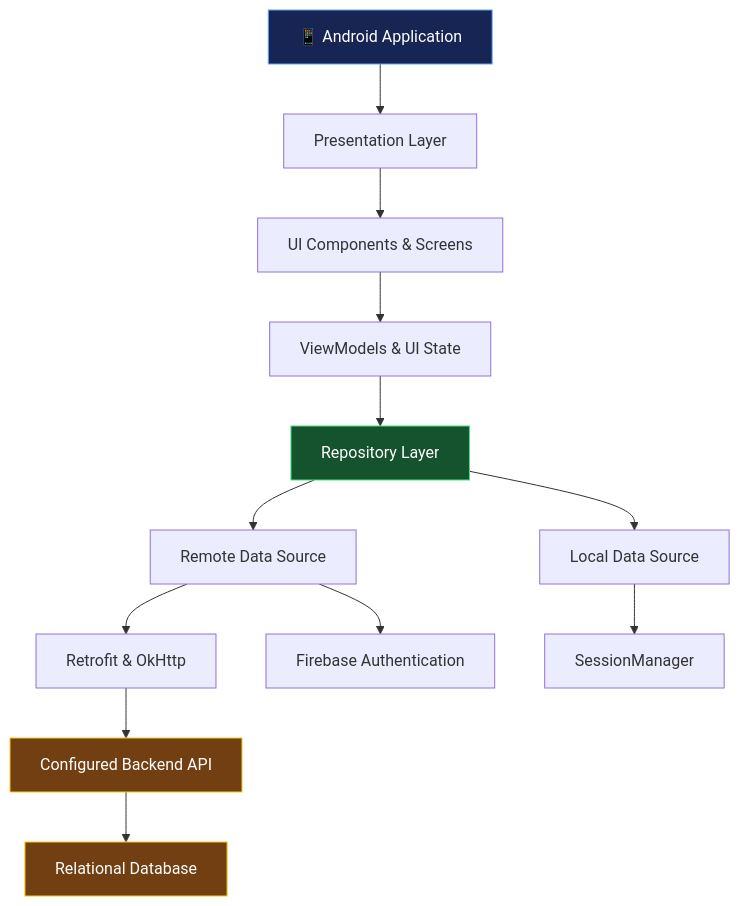
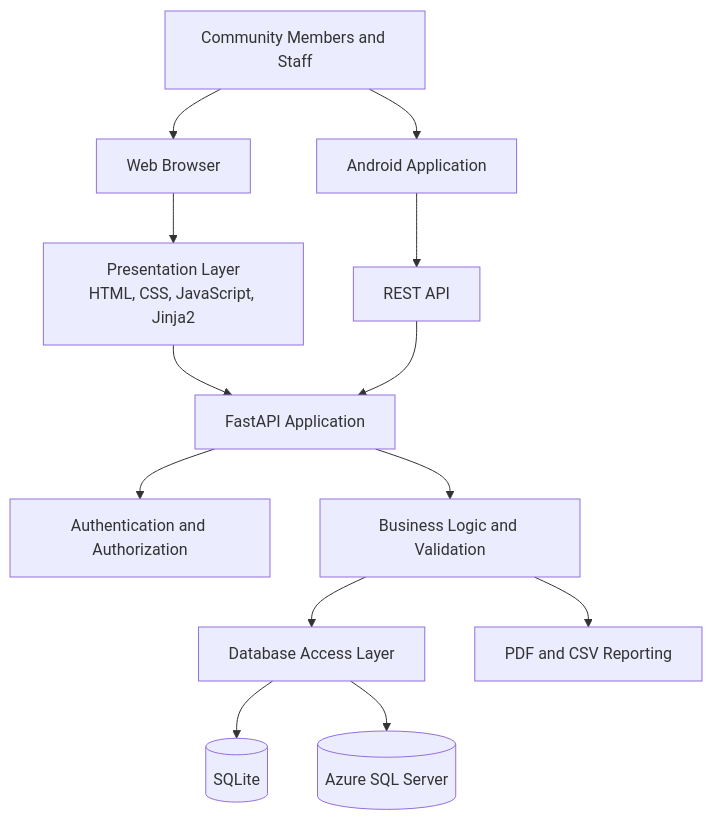
The diagram in README.md (GarrenTopG/AurorahCANDigitalHub), drawn with Mermaid before and after one commit. The commit also changed other lines of this file, not shown here.

````diff
--- a/README.md
+++ b/README.md
@@ -124,19 +224,28 @@
 ```mermaid
 flowchart TD
-    A["📱 Android Application"] --> B["Presentation Layer"]
-    B --> C["UI Components & Screens"]
-    C --> D["ViewModels & UI State"]
-    D --> E["Repository Layer"]
-    E --> F["Remote Data Source"]
-    E --> G["Local Data Source"]
-    F --> H["Retrofit & OkHttp"]
-    F --> I["Firebase Authentication"]
-    G --> J["SessionManager"]
-    H --> K["Configured Backend API"]
-    K --> L["Relational Database"]
+    A["Community Members and Staff"]
+    B["Web Browser"]
+    C["Android Application"]
+    D["Presentation Layer<br/>HTML, CSS, JavaScript, Jinja2"]
+    E["FastAPI Application"]
+    F["Authentication and Authorization"]
+    G["Business Logic and Validation"]
+    H["REST API"]
+    I["Database Access Layer"]
+    J[("SQLite")]
+    K[("Azure SQL Server")]
+    L["PDF and CSV Reporting"]
 
-    style A fill:#172554,color:#ffffff,stroke:#60a5fa
-    style E fill:#14532d,color:#ffffff,stroke:#4ade80
-    style K fill:#713f12,color:#ffffff,stroke:#facc15
-    style L fill:#713f12,color:#ffffff,stroke:#facc15
+    A --> B
+    A --> C
+    B --> D
+    D --> E
+    C --> H
+    H --> E
+    E --> F
+    E --> G
+    G --> I
+    G --> L
+    I --> J
+    I --> K
 ```
````
